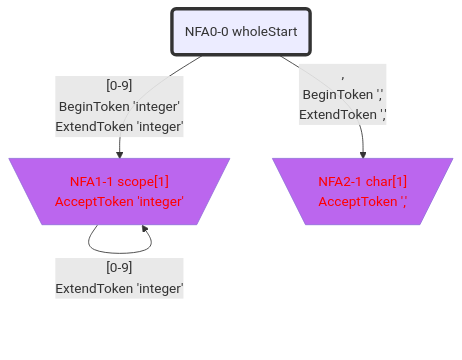
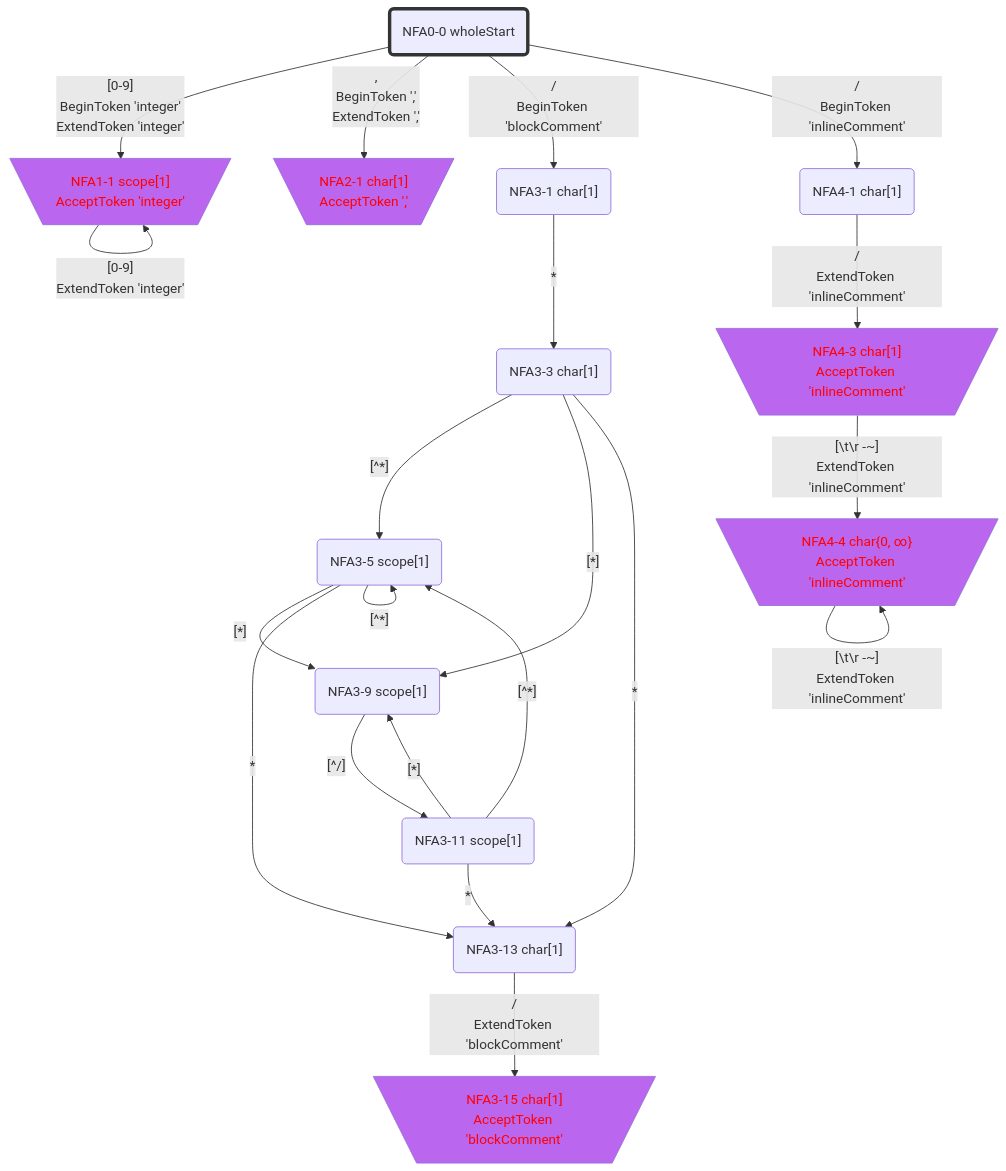
Before and after one commit to bitzhuwei/GrammarMentor: the third of 7 diagrams in Practices/Practice.GeneratedXxxFormat.Test/GeneratedInts2/doc/LexicalStates.gen.md, drawn with Mermaid. The commit also changed other lines of this file and 3868 other files, not shown here.

````diff
--- a/Practices/Practice.GeneratedXxxFormat.Test/GeneratedInts2/doc/LexicalStates.gen.md
+++ b/Practices/Practice.GeneratedXxxFormat.Test/GeneratedInts2/doc/LexicalStates.gen.md
@@ -193,34 +459,73 @@
 ```Mermaid
 flowchart
 classDef c0001 color:#FF0000;
 classDef c0010 stroke-dasharray: 10 10;
 classDef c0011 stroke-dasharray: 10 10,color:#FF0000;
 classDef c0100 fill:#BB66EE;
 classDef c0101 fill:#BB66EE,color:#FF0000;
 classDef c0110 fill:#BB66EE,stroke-dasharray: 10 10;
 classDef c0111 fill:#BB66EE,stroke-dasharray: 10 10,color:#FF0000;
 classDef c1000 stroke:#333,stroke-width:4px;
 classDef c1001 stroke:#333,stroke-width:4px,color:#FF0000;
 classDef c1010 stroke:#333,stroke-width:4px,stroke-dasharray: 10 10;
 classDef c1011 stroke:#333,stroke-width:4px,stroke-dasharray: 10 10,color:#FF0000;
 classDef c1100 stroke:#333,stroke-width:4px,fill:#BB66EE;
 classDef c1101 stroke:#333,stroke-width:4px,fill:#BB66EE,color:#FF0000;
 classDef c1110 stroke:#333,stroke-width:4px,fill:#BB66EE,stroke-dasharray: 10 10;
 classDef c1111 stroke:#333,stroke-width:4px,fill:#BB66EE,stroke-dasharray: 10 10,color:#FF0000;
-NFA0_0_30399051("NFA0-0 wholeStart")
-class NFA0_0_30399051 c1000;
-NFA1_1_55573455[\"NFA1-1 scope[1]
+NFA0_0_53808606("NFA0-0 wholeStart")
+class NFA0_0_53808606 c1000;
+NFA1_1_35804895[\"NFA1-1 scope[1]
 AcceptToken 'integer'"/]
-class NFA1_1_55573455 c0101;
-NFA2_1_5156011[\"NFA2-1 char[1]
+class NFA1_1_35804895 c0101;
+NFA2_1_14515408[\"NFA2-1 char[1]
 AcceptToken ','"/]
-class NFA2_1_5156011 c0101;
-NFA0_0_30399051 -->|"[0-9]
+class NFA2_1_14515408 c0101;
+NFA3_1_63529816("NFA3-1 char[1]")
+NFA4_1_34897438("NFA4-1 char[1]")
+NFA3_3_8120240("NFA3-3 char[1]")
+NFA4_3_45641491[\"NFA4-3 char[1]
+AcceptToken 'inlineComment'"/]
+class NFA4_3_45641491 c0101;
+NFA3_5_53759727("NFA3-5 scope[1]")
+NFA3_9_5973303("NFA3-9 scope[1]")
+NFA3_13_14075498("NFA3-13 char[1]")
+NFA4_4_59570626[\"NFA4-4 char{0, ∞}
+AcceptToken 'inlineComment'"/]
+class NFA4_4_59570626 c0101;
+NFA3_11_60491410("NFA3-11 scope[1]")
+NFA3_15_66373591[\"NFA3-15 char[1]
+AcceptToken 'blockComment'"/]
+class NFA3_15_66373591 c0101;
+NFA0_0_53808606 -->|"[0-9]
 BeginToken 'integer'
-ExtendToken 'integer'"|NFA1_1_55573455
-NFA0_0_30399051 -->|",
+ExtendToken 'integer'"|NFA1_1_35804895
+NFA0_0_53808606 -->|",
 BeginToken ','
-ExtendToken ','"|NFA2_1_5156011
-NFA1_1_55573455 -->|"[0-9]
-ExtendToken 'integer'"|NFA1_1_55573455
+ExtendToken ','"|NFA2_1_14515408
+NFA0_0_53808606 -->|"/
+BeginToken 'blockComment'"|NFA3_1_63529816
+NFA0_0_53808606 -->|"/
+BeginToken 'inlineComment'"|NFA4_1_34897438
+NFA1_1_35804895 -->|"[0-9]
+ExtendToken 'integer'"|NFA1_1_35804895
+NFA3_1_63529816 -->|"*"|NFA3_3_8120240
+NFA4_1_34897438 -->|"/
+ExtendToken 'inlineComment'"|NFA4_3_45641491
+NFA3_3_8120240 -->|"[^*]"|NFA3_5_53759727
+NFA3_3_8120240 -->|"[*]"|NFA3_9_5973303
+NFA3_3_8120240 -->|"*"|NFA3_13_14075498
+NFA4_3_45641491 -->|"[#92;t#92;r#32;-~]
+ExtendToken 'inlineComment'"|NFA4_4_59570626
+NFA3_5_53759727 -->|"[^*]"|NFA3_5_53759727
+NFA3_5_53759727 -->|"[*]"|NFA3_9_5973303
+NFA3_5_53759727 -->|"*"|NFA3_13_14075498
+NFA3_9_5973303 -->|"[^/]"|NFA3_11_60491410
+NFA3_13_14075498 -->|"/
+ExtendToken 'blockComment'"|NFA3_15_66373591
+NFA4_4_59570626 -->|"[#92;t#92;r#32;-~]
+ExtendToken 'inlineComment'"|NFA4_4_59570626
+NFA3_11_60491410 -->|"[^*]"|NFA3_5_53759727
+NFA3_11_60491410 -->|"[*]"|NFA3_9_5973303
+NFA3_11_60491410 -->|"*"|NFA3_13_14075498
 ```
````
